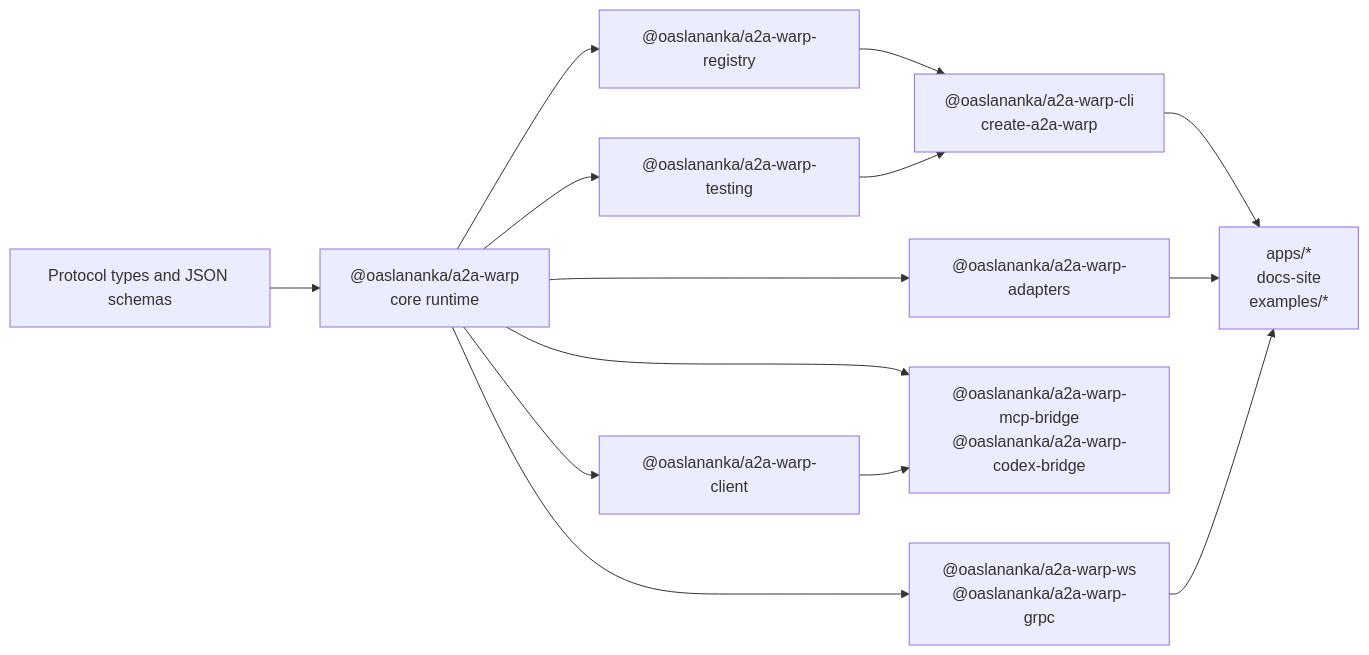
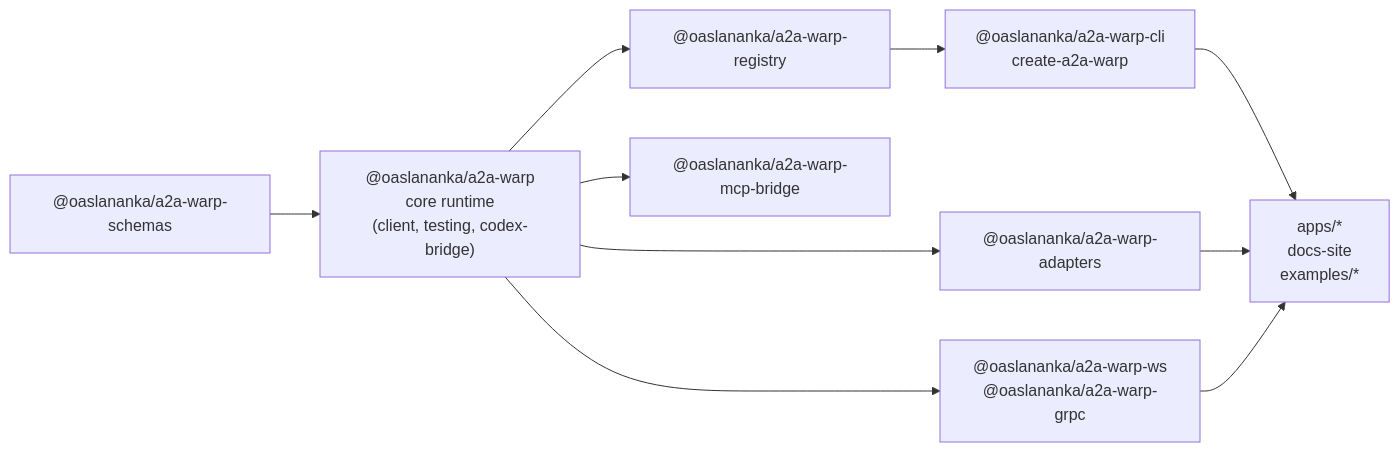
One commit to oaslananka/a2a-warp changed the first of 4 diagrams in docs/development/architecture.md. Above: the diagram before and after it, drawn with Mermaid. The commit also changed other lines of this file and 87 other files, not shown here.

First line of the commit message:
fix(packaging): consolidate client, testing, and codex-bridge into core subpath exports

````diff
--- a/docs/development/architecture.md
+++ b/docs/development/architecture.md
@@ -21,27 +21,21 @@
 ```mermaid
 flowchart LR
-  Types["Protocol types and JSON schemas"]
-  Core["@oaslananka/a2a-warp<br/>core runtime"]
+  Schemas["@oaslananka/a2a-warp-schemas"]
+  Core["@oaslananka/a2a-warp<br/>core runtime<br/>(client, testing, codex-bridge)"]
   Transports["@oaslananka/a2a-warp-ws<br/>@oaslananka/a2a-warp-grpc"]
-  Client["@oaslananka/a2a-warp-client"]
   Registry["@oaslananka/a2a-warp-registry"]
   Adapters["@oaslananka/a2a-warp-adapters"]
-  Bridges["@oaslananka/a2a-warp-mcp-bridge<br/>@oaslananka/a2a-warp-codex-bridge"]
-  Testing["@oaslananka/a2a-warp-testing"]
+  Bridges["@oaslananka/a2a-warp-mcp-bridge"]
   Cli["@oaslananka/a2a-warp-cli<br/>create-a2a-warp"]
   Apps["apps/*<br/>docs-site<br/>examples/*"]
 
-  Types --> Core
+  Schemas --> Core
   Core --> Transports
-  Core --> Client
   Core --> Registry
   Core --> Adapters
   Core --> Bridges
-  Core --> Testing
-  Client --> Bridges
   Registry --> Cli
-  Testing --> Cli
   Cli --> Apps
   Adapters --> Apps
   Transports --> Apps
 ```
````
